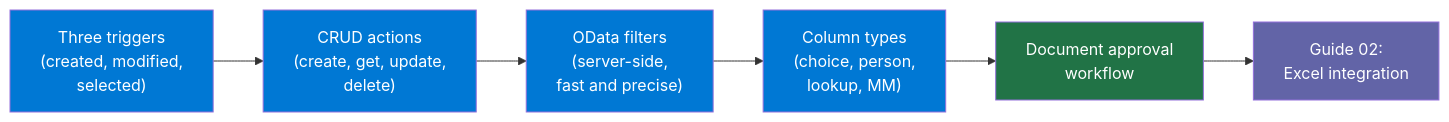
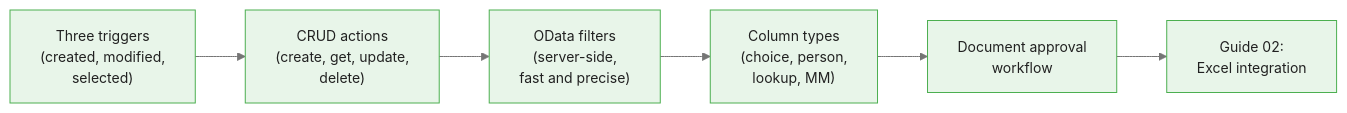
One commit to m-deane/course-creator changed the tenth of 10 diagrams in courses/power-automate/modules/module_05_sharepoint_excel/guides/01_sharepoint_integration_slides.md. Above: the diagram before and after it, drawn with Mermaid. The commit also changed other lines of this file and 72 other files, not shown here.

````diff
--- a/courses/power-automate/modules/module_05_sharepoint_excel/guides/01_sharepoint_integration_slides.md
+++ b/courses/power-automate/modules/module_05_sharepoint_excel/guides/01_sharepoint_integration_slides.md
@@ -341,14 +356,9 @@
 ```mermaid
+%%{init: {"theme": "base", "themeVariables": {"primaryColor": "#e8f5e9", "primaryBorderColor": "#4caf50", "primaryTextColor": "#212121", "secondaryColor": "#e3f2fd", "tertiaryColor": "#fff8e1", "lineColor": "#757575", "fontFamily": "Inter, sans-serif", "fontSize": "14px"}}}%%
 graph LR
     A["Three triggers\n(created, modified,\nselected)"] --> B["CRUD actions\n(create, get, update,\ndelete)"]
     B --> C["OData filters\n(server-side,\nfast and precise)"]
     C --> D["Column types\n(choice, person,\nlookup, MM)"]
     D --> E["Document approval\nworkflow"]
     E --> F["Guide 02:\nExcel integration"]
-    style A fill:#0078D4,color:#fff
-    style B fill:#0078D4,color:#fff
-    style C fill:#0078D4,color:#fff
-    style D fill:#0078D4,color:#fff
-    style E fill:#217346,color:#fff
-    style F fill:#6264A7,color:#fff
 ```
````
